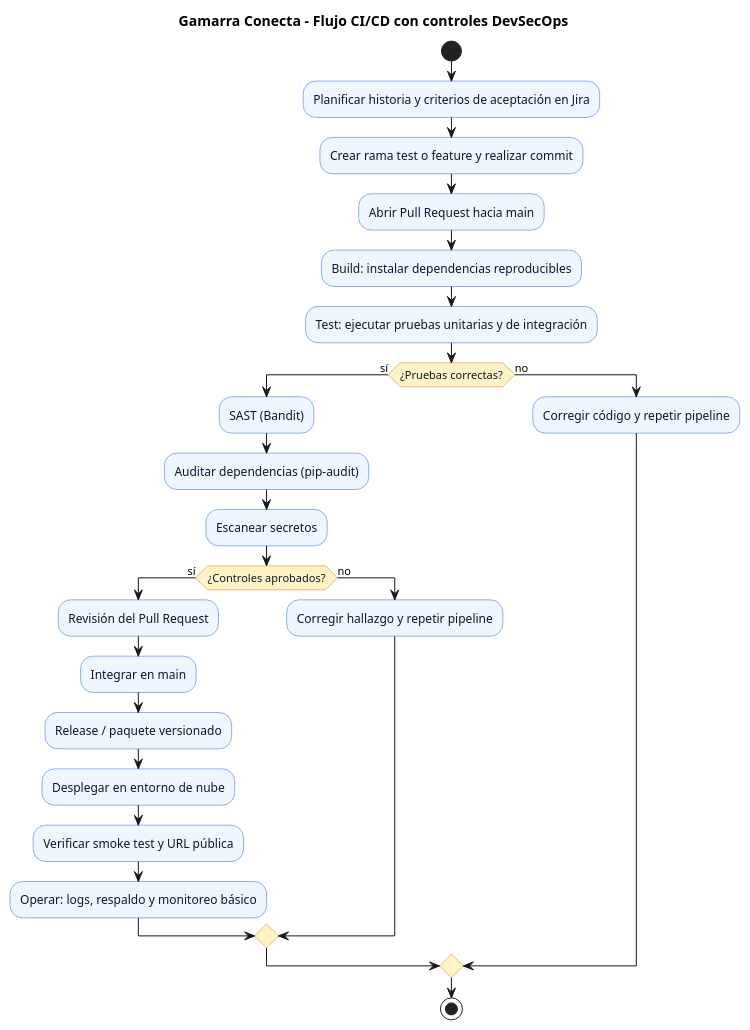
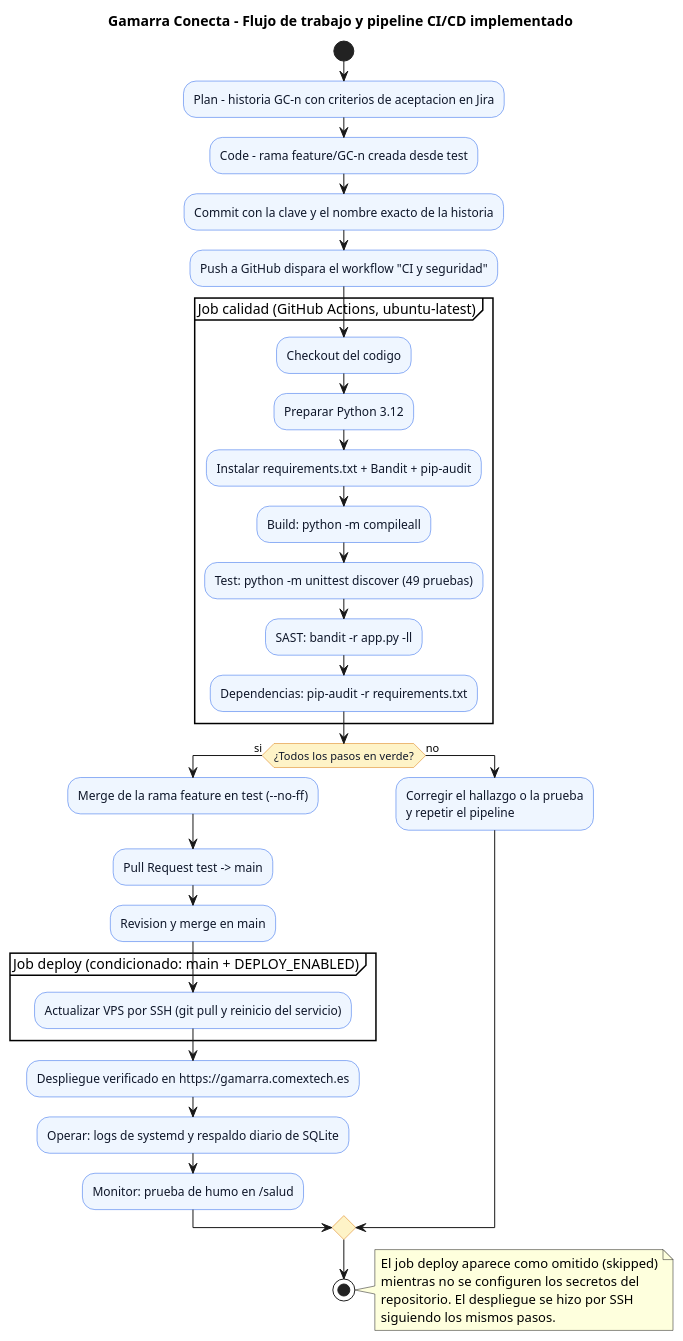
One commit to michellemontoyarocca/gamarra-conecta changed the diagram in docs/diagramas/05_pipeline_devsecops.puml. Above: the diagram before and after it, drawn with PlantUML. The commit also changed 12 other files, not shown here.

Commit message:
GC-16 HU12 · Como responsable del producto, quiero validar pruebas y seguridad antes de publicar para reducir fallos de entrega.

```diff
--- a/docs/diagramas/05_pipeline_devsecops.puml
+++ b/docs/diagramas/05_pipeline_devsecops.puml
@@ -1,37 +1,47 @@
 @startuml
-title Gamarra Conecta - Flujo CI/CD con controles DevSecOps
+title Gamarra Conecta - Flujo de trabajo y pipeline CI/CD implementado
 skinparam backgroundColor #FFFFFF
 skinparam shadowing false
 skinparam defaultFontName Arial
 skinparam activity {
   BackgroundColor #EFF6FF
   BorderColor #2563EB
   FontColor #0F172A
   DiamondBackgroundColor #FEF3C7
   DiamondBorderColor #D97706
 }
 start
-:Planificar historia y criterios de aceptación en Jira;
-:Crear rama test o feature y realizar commit;
-:Abrir Pull Request hacia main;
-:Build: instalar dependencias reproducibles;
-:Test: ejecutar pruebas unitarias y de integración;
-if (¿Pruebas correctas?) then (sí)
-  :SAST (Bandit);
-  :Auditar dependencias (pip-audit);
-  :Escanear secretos;
-  if (¿Controles aprobados?) then (sí)
-    :Revisión del Pull Request;
-    :Integrar en main;
-    :Release / paquete versionado;
-    :Desplegar en entorno de nube;
-    :Verificar smoke test y URL pública;
-    :Operar: logs, respaldo y monitoreo básico;
-  else (no)
-    :Corregir hallazgo y repetir pipeline;
-  endif
+:Plan - historia GC-n con criterios de aceptacion en Jira;
+:Code - rama feature/GC-n creada desde test;
+:Commit con la clave y el nombre exacto de la historia;
+:Push a GitHub dispara el workflow "CI y seguridad";
+partition "Job calidad (GitHub Actions, ubuntu-latest)" {
+  :Checkout del codigo;
+  :Preparar Python 3.12;
+  :Instalar requirements.txt + Bandit + pip-audit;
+  :Build: python -m compileall;
+  :Test: python -m unittest discover (49 pruebas);
+  :SAST: bandit -r app.py -ll;
+  :Dependencias: pip-audit -r requirements.txt;
+}
+if (¿Todos los pasos en verde?) then (si)
+  :Merge de la rama feature en test (--no-ff);
+  :Pull Request test -> main;
+  :Revision y merge en main;
+  partition "Job deploy (condicionado: main + DEPLOY_ENABLED)" {
+    :Actualizar VPS por SSH (git pull y reinicio del servicio);
+  }
+  :Despliegue verificado en https://gamarra.comextech.es;
+  :Operar: logs de systemd y respaldo diario de SQLite;
+  :Monitor: prueba de humo en /salud;
 else (no)
-  :Corregir código y repetir pipeline;
+  :Corregir el hallazgo o la prueba\ny repetir el pipeline;
 endif
 stop
+note right
+  El job deploy aparece como omitido (skipped)
+  mientras no se configuren los secretos del
+  repositorio. El despliegue se hizo por SSH
+  siguiendo los mismos pasos.
+end note
 @enduml
```
